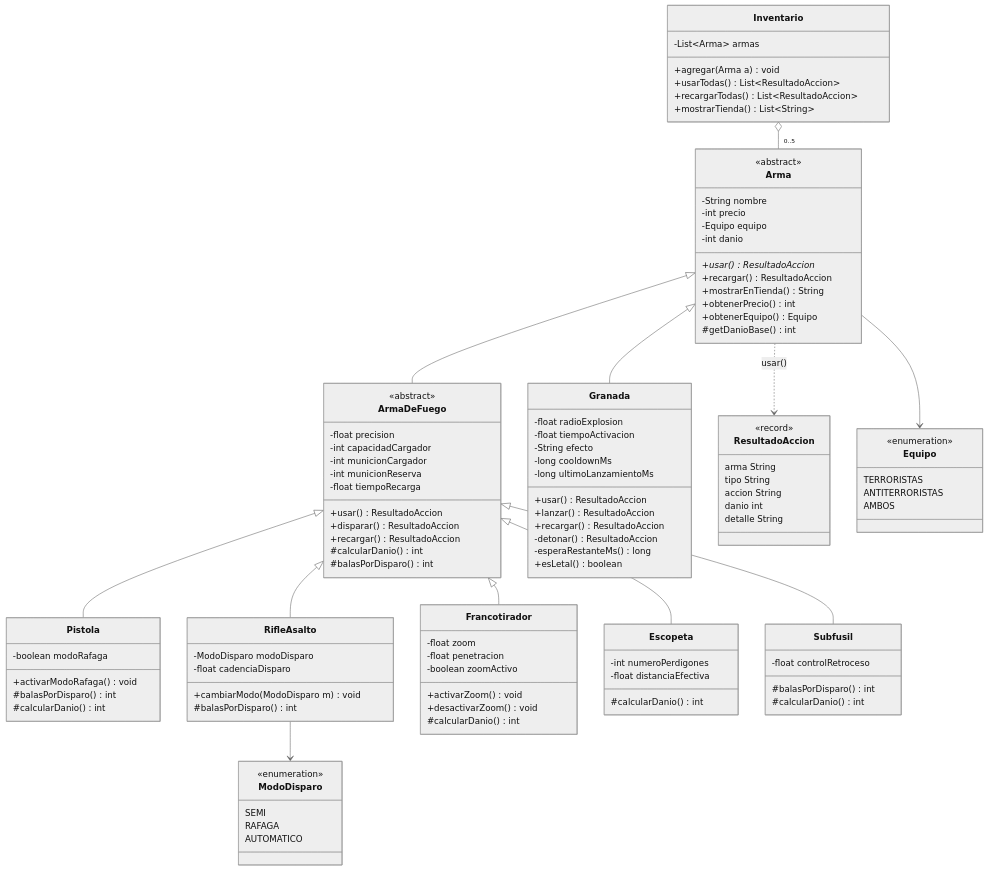
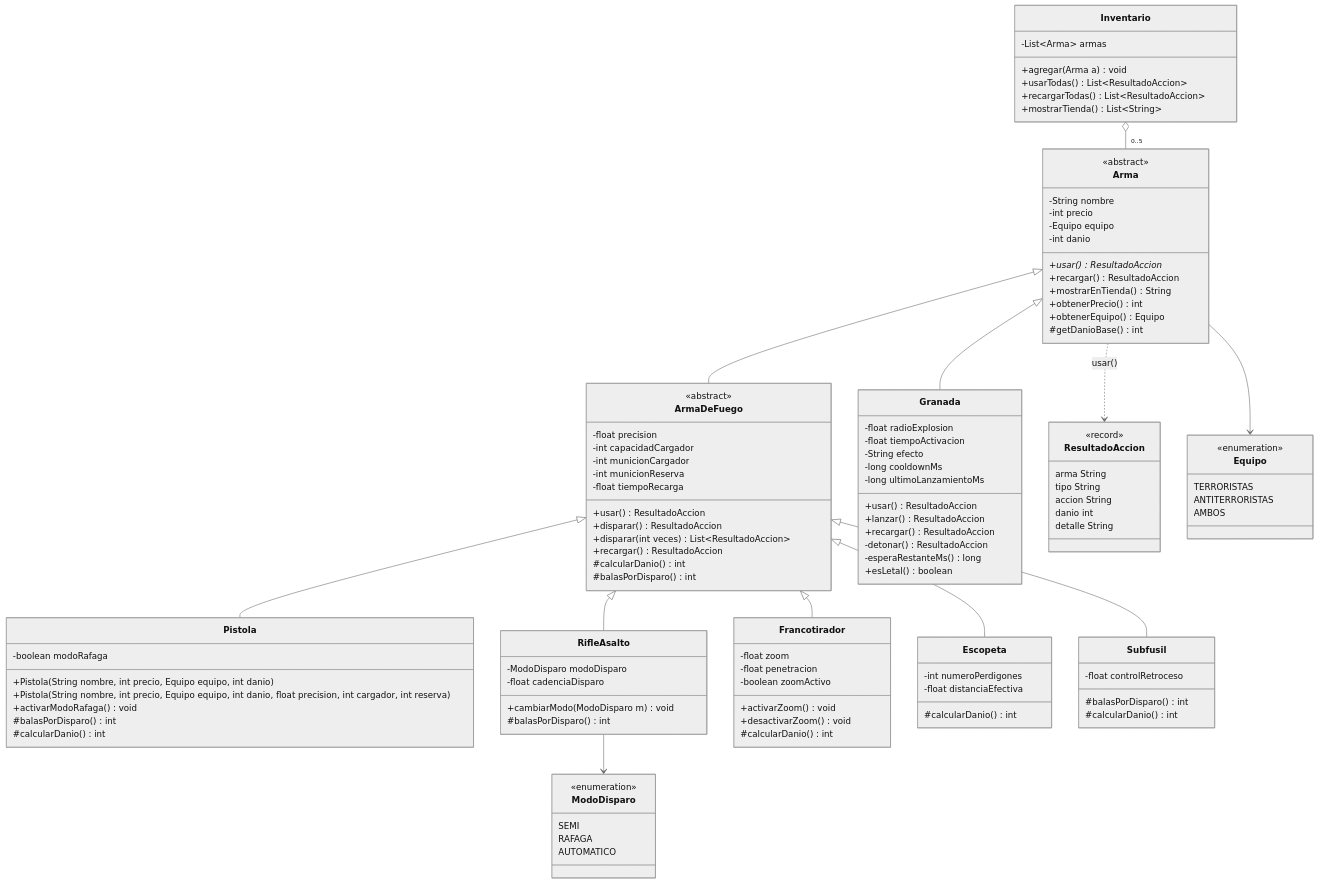
The diagram in README.md (FabricioG29/fg-taller-git-2026), drawn with Mermaid (neutral theme) before and after one commit. The commit also changed other lines of this file, not shown here.

Commit message:
docs: README con estructura de paquetes, sobrecarga vs sobreescritura y diagrama actualizado

```diff
--- a/README.md
+++ b/README.md
@@ -34,6 +95,7 @@
     -float tiempoRecarga
     +usar() ResultadoAccion
     +disparar() ResultadoAccion
+    +disparar(int veces) List~ResultadoAccion~
     +recargar() ResultadoAccion
     #calcularDanio() int
     #balasPorDisparo() int
@@ -55,6 +117,8 @@
 
   class Pistola {
     -boolean modoRafaga
+    +Pistola(String nombre, int precio, Equipo equipo, int danio)
+    +Pistola(String nombre, int precio, Equipo equipo, int danio, float precision, int cargador, int reserva)
     +activarModoRafaga() void
     #balasPorDisparo() int
     #calcularDanio() int
```
